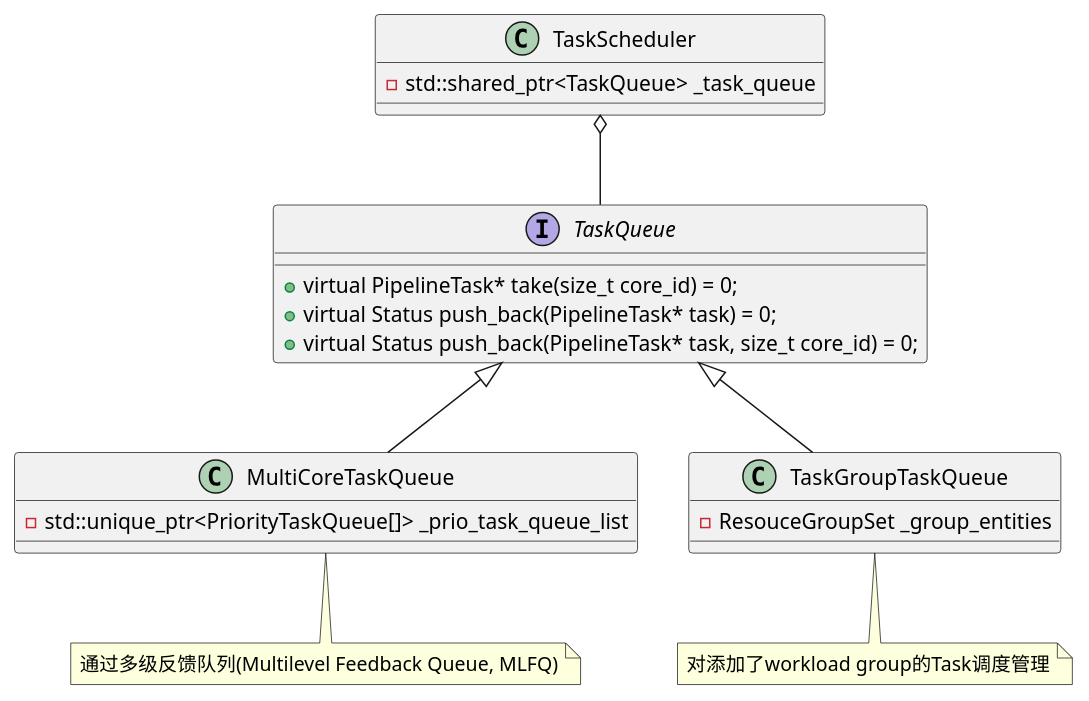
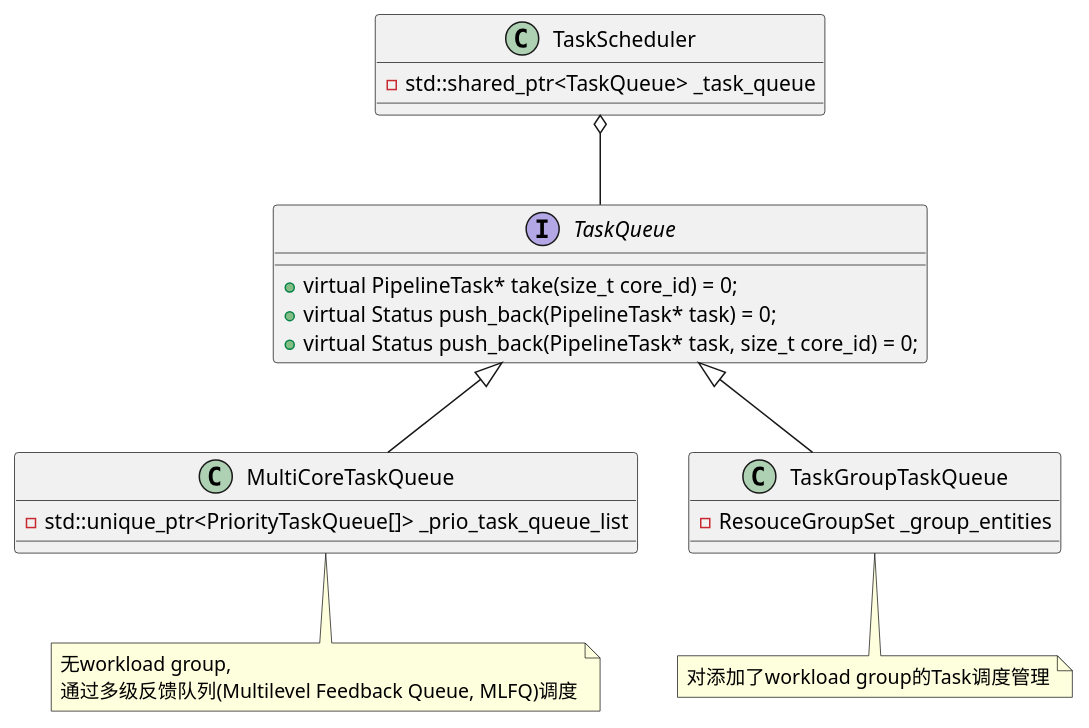
Before and after one commit to DepInjoy/geektime: the second of 11 diagrams in doc/DB/Doris/SourceRead/11_03_Exec_Pipeline_TaskSchedule.md, drawn with PlantUML. The commit also changed other lines of this file, not shown here.

````diff
--- a/doc/DB/Doris/SourceRead/11_03_Exec_Pipeline_TaskSchedule.md
+++ b/doc/DB/Doris/SourceRead/11_03_Exec_Pipeline_TaskSchedule.md
@@ -158,28 +162,28 @@
 ```plantuml
 @startuml
 class TaskScheduler {
     - std::shared_ptr<TaskQueue> _task_queue
 }
 
 interface TaskQueue {
     + virtual PipelineTask* take(size_t core_id) = 0;
     + virtual Status push_back(PipelineTask* task) = 0;
     + virtual Status push_back(PipelineTask* task, size_t core_id) = 0;
 }
 
 class MultiCoreTaskQueue {
     - std::unique_ptr<PriorityTaskQueue[]> _prio_task_queue_list
 }
-note bottom: 通过多级反馈队列(Multilevel Feedback Queue, MLFQ)
+note bottom: 无workload group,\n通过多级反馈队列(Multilevel Feedback Queue, MLFQ)调度
 
 class TaskGroupTaskQueue {
     - ResouceGroupSet _group_entities
 }
 note bottom : 对添加了workload group的Task调度管理
 
 TaskQueue -up-o TaskScheduler
 
 MultiCoreTaskQueue -up-|> TaskQueue
 TaskGroupTaskQueue -up-|> TaskQueue
 @enduml
 ```
````
